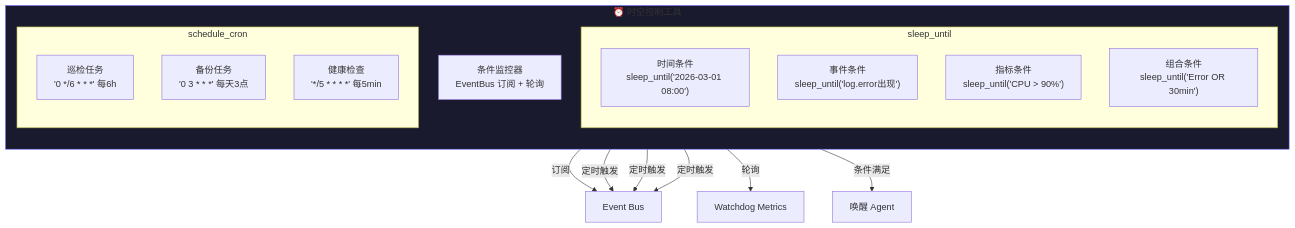
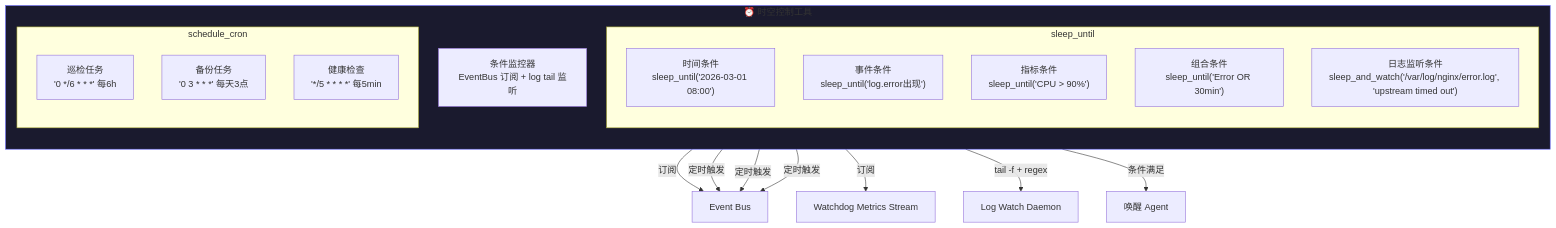
Before and after one commit to Yidhar/Embla_System: the ninth of 17 diagrams in doc/12-limbs-layer-modules.md, drawn with Mermaid. The commit also changed other lines of this file and 16 other files, not shown here.

First line of the commit message:
feat: Refactor architecture documentation for Brainstem, Brain, and Limbs layers

````diff
--- a/doc/12-limbs-layer-modules.md
+++ b/doc/12-limbs-layer-modules.md
@@ -372,27 +441,29 @@
 ```mermaid
 flowchart TB
     subgraph Chronos["⏰ 时空控制工具"]
         direction TB
         subgraph SleepUntil["sleep_until"]
             S_TIME["时间条件<br/>sleep_until('2026-03-01 08:00')"]
             S_EVENT["事件条件<br/>sleep_until('log.error出现')"]
             S_METRIC["指标条件<br/>sleep_until('CPU > 90%')"]
             S_COMBO["组合条件<br/>sleep_until('Error OR 30min')"]
+            S_WATCH["日志监听条件<br/>sleep_and_watch('/var/log/nginx/error.log', 'upstream timed out')"]
         end
 
         subgraph Cron["schedule_cron"]
             C_PATROL["巡检任务<br/>'0 */6 * * *' 每6h"]
             C_BACKUP["备份任务<br/>'0 3 * * *' 每天3点"]
             C_HEALTH["健康检查<br/>'*/5 * * * *' 每5min"]
         end
 
-        WATCHER["条件监控器<br/>EventBus 订阅 + 轮询"]
+        WATCHER["条件监控器<br/>EventBus 订阅 + log tail 监听"]
     end
 
     S_EVENT -->|"订阅"| EB["Event Bus"]
-    S_METRIC -->|"轮询"| WD["Watchdog Metrics"]
+    S_METRIC -->|"订阅"| WD["Watchdog Metrics Stream"]
+    S_WATCH -->|"tail -f + regex"| LOGD["Log Watch Daemon"]
     WATCHER -->|"条件满足"| WAKE["唤醒 Agent"]
     C_PATROL & C_BACKUP & C_HEALTH -->|"定时触发"| EB
 
     style Chronos fill:#1a1a2e,stroke:#6666ff
 ```
````
